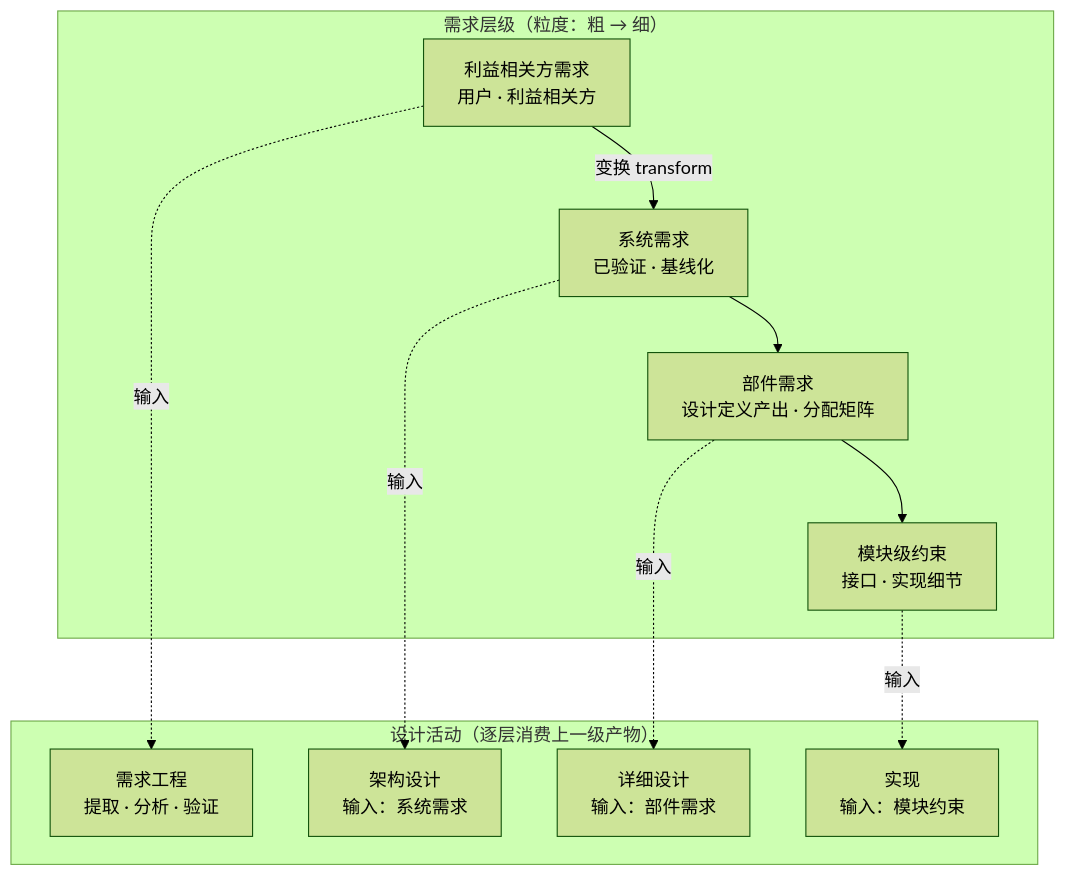
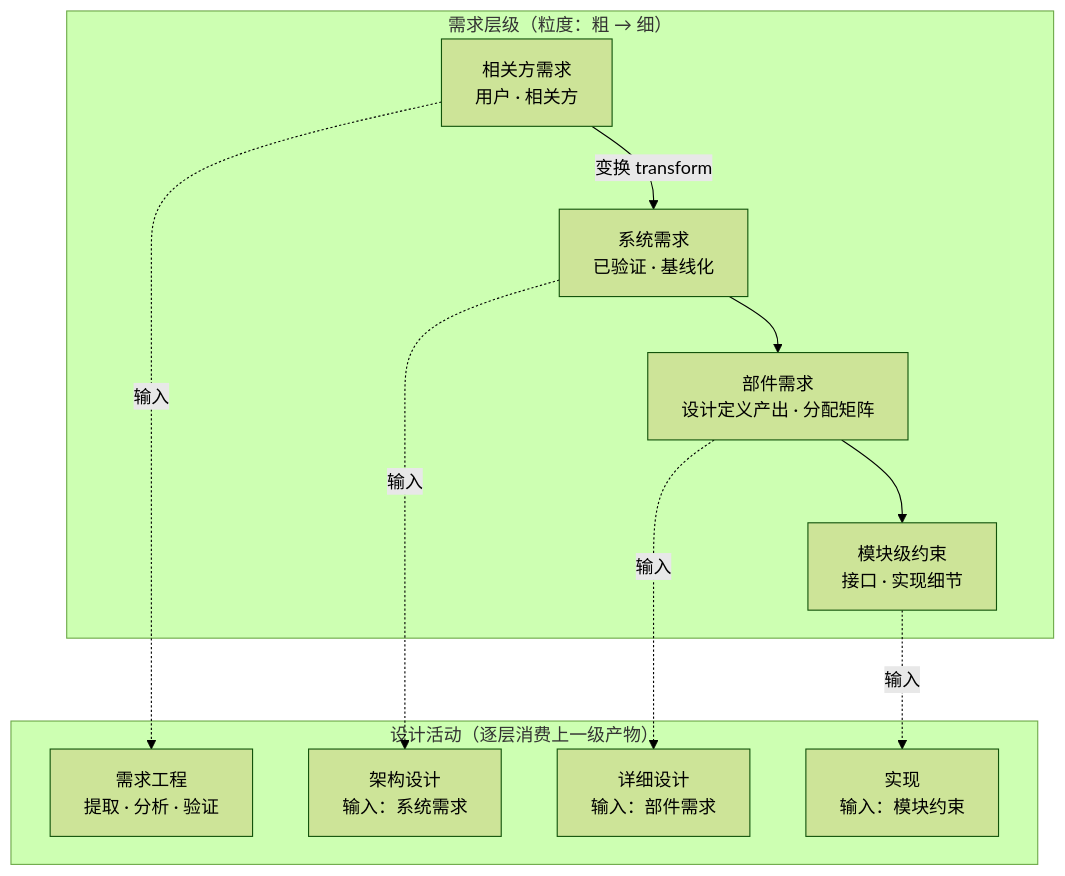
One commit to Yongjunzhou/business-Engineering changed the sixth of 11 diagrams in 10-系统工程研究/00-系统工程相关研究报告/10-架构设计方法论全景研究报告.md. Above: the diagram before and after it, drawn with Mermaid (forest theme). The commit also changed other lines of this file and 69 other files, not shown here.

````diff
--- a/10-系统工程研究/00-系统工程相关研究报告/10-架构设计方法论全景研究报告.md
+++ b/10-系统工程研究/00-系统工程相关研究报告/10-架构设计方法论全景研究报告.md
@@ -516,18 +516,18 @@
 ```mermaid
 flowchart TB
     subgraph REQ["需求层级（粒度：粗 → 细）"]
-        R1[利益相关方需求<br/>用户 · 利益相关方] -->|变换 transform| R2[系统需求<br/>已验证 · 基线化]
+        R1[相关方需求<br/>用户 · 相关方] -->|变换 transform| R2[系统需求<br/>已验证 · 基线化]
         R2 --> R3[部件需求<br/>设计定义产出 · 分配矩阵]
         R3 --> R4[模块级约束<br/>接口 · 实现细节]
     end
     subgraph DES["设计活动（逐层消费上一级产物）"]
         D1[需求工程<br/>提取 · 分析 · 验证]
         D2[架构设计<br/>输入：系统需求]
         D3[详细设计<br/>输入：部件需求]
         D4[实现<br/>输入：模块约束]
     end
     R1 -.输入.-> D1
     R2 -.输入.-> D2
     R3 -.输入.-> D3
     R4 -.输入.-> D4
 ```
````
